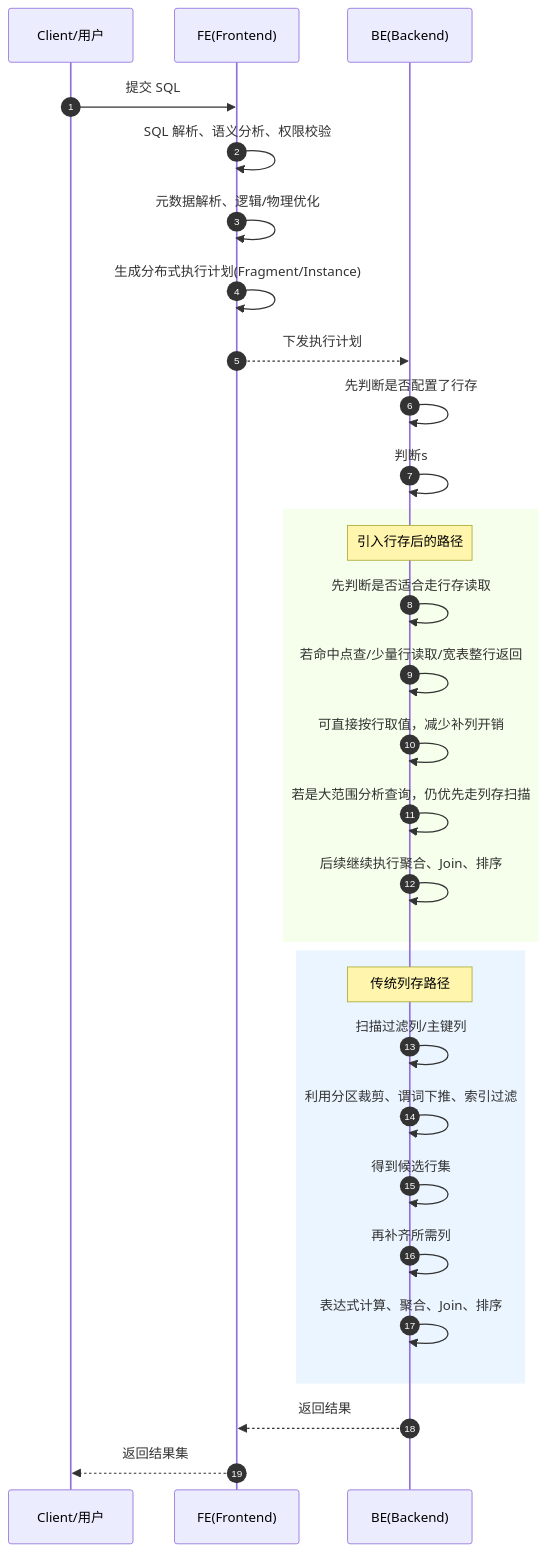
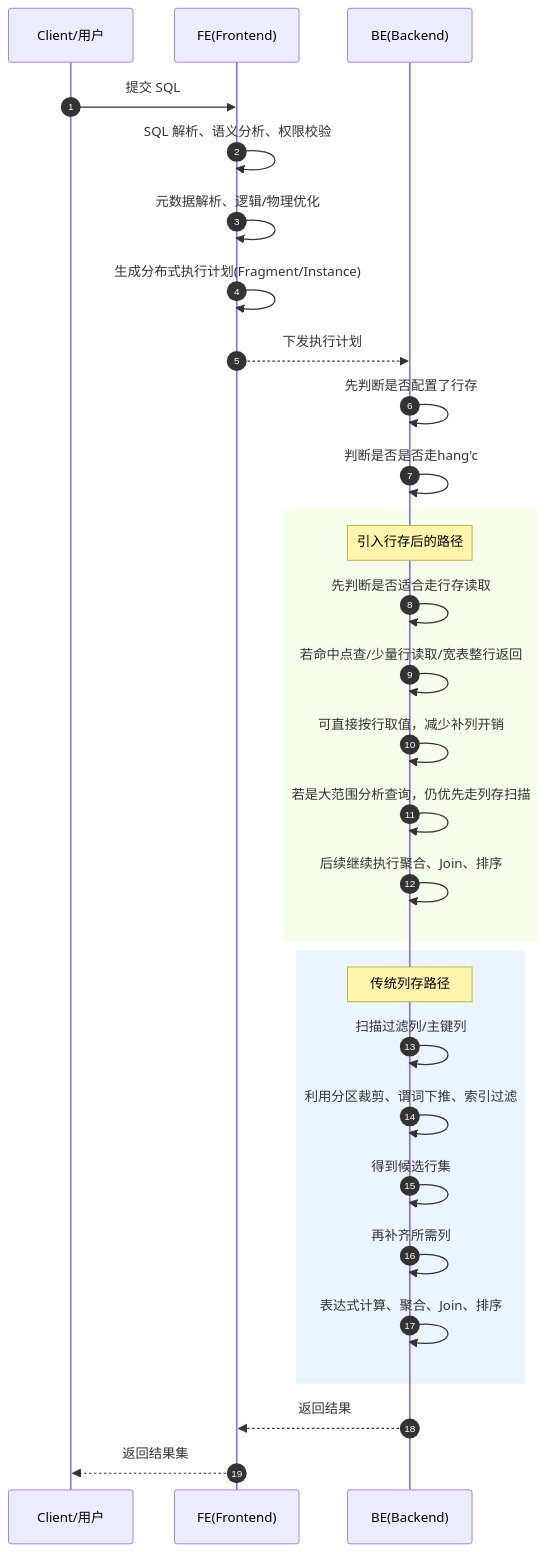
Before and after one commit to HY-10-8/iodraw-files: the diagram in all/未命名-4.md, drawn with Mermaid.

Commit message:
2026-04-22 17:38:21 update

````diff
--- a/all/未命名-4.md
+++ b/all/未命名-4.md
@@ -1,49 +1,49 @@
 ```mermaid
 sequenceDiagram
     autonumber
 
     participant Client as Client/用户
     participant FE as FE(Frontend)
     participant BE as BE(Backend)
     
     Client->>FE: 提交 SQL
     FE->>FE: SQL 解析、语义分析、权限校验
     FE->>FE: 元数据解析、逻辑/物理优化
     FE->>FE: 生成分布式执行计划(Fragment/Instance)
     FE-->>BE: 下发执行计划
 
     BE->>BE: 先判断是否配置了行存
-    BE->>BE: 判断s
+    BE->>BE: 判断是否是否走hang'c
 
 
     rect rgb(245,255,235)
         Note over BE: 引入行存后的路径
         BE->>BE: 先判断是否适合走行存读取
         BE->>BE: 若命中点查/少量行读取/宽表整行返回
         BE->>BE: 可直接按行取值，减少补列开销
         BE->>BE: 若是大范围分析查询，仍优先走列存扫描
         BE->>BE: 后续继续执行聚合、Join、排序
     end
 
 
     rect rgb(235,245,255)
         Note over BE: 传统列存路径
         BE->>BE: 扫描过滤列/主键列
         BE->>BE: 利用分区裁剪、谓词下推、索引过滤
         BE->>BE: 得到候选行集
         BE->>BE: 再补齐所需列
         BE->>BE: 表达式计算、聚合、Join、排序
     end
 
     BE-->>FE: 返回结果
     FE-->>Client: 返回结果集
 
 
 
 
 
 
 
 
 
 ```
````
